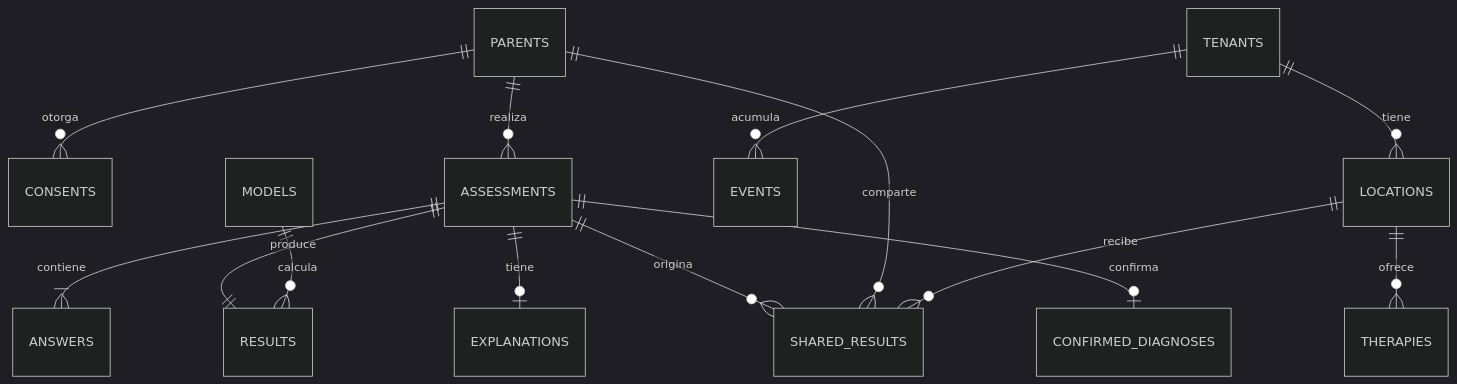
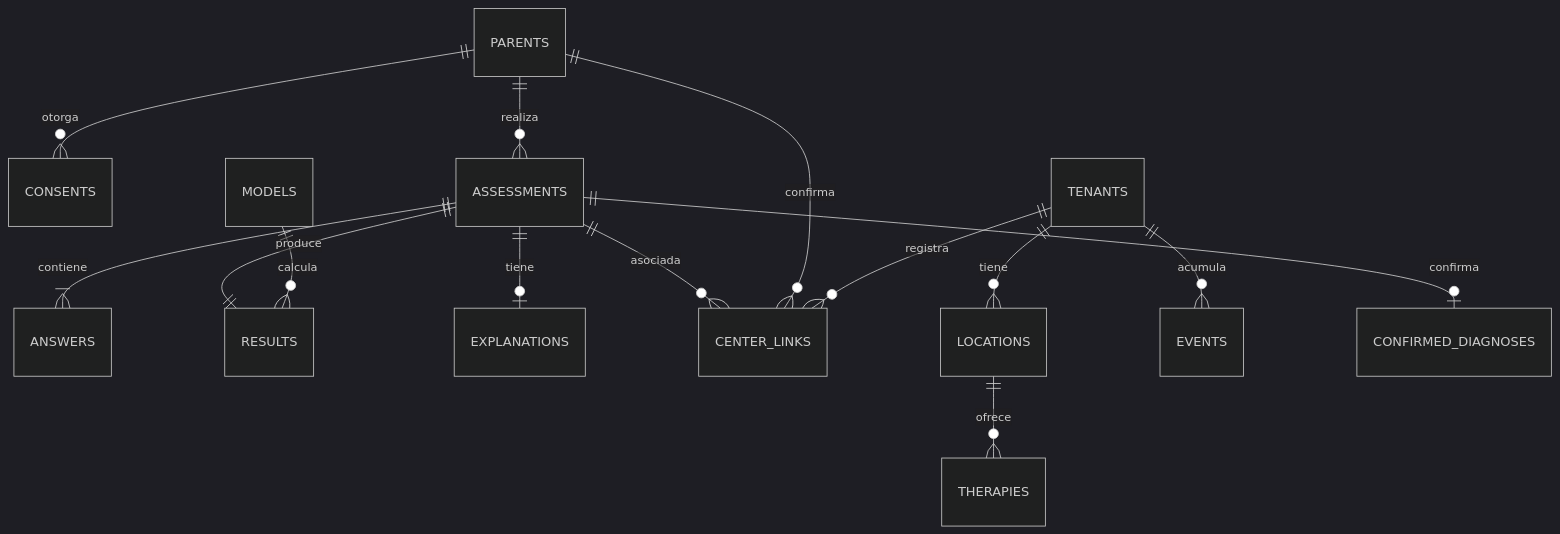
The second of 7 diagrams in docs/arquitectura_conecta.md (ErnestoSCL/neuroa-modelo-tamizaje), drawn with Mermaid (dark theme) before and after one commit. The commit also changed other lines of this file and 3 other files, not shown here.

````diff
--- a/docs/arquitectura_conecta.md
+++ b/docs/arquitectura_conecta.md
@@ -283,16 +305,16 @@
 ```mermaid
 erDiagram
     PARENTS ||--o{ CONSENTS : otorga
     PARENTS ||--o{ ASSESSMENTS : realiza
     ASSESSMENTS ||--|{ ANSWERS : contiene
     ASSESSMENTS ||--|| RESULTS : produce
     ASSESSMENTS ||--o| EXPLANATIONS : tiene
-    ASSESSMENTS ||--o{ SHARED_RESULTS : origina
-    PARENTS ||--o{ SHARED_RESULTS : comparte
+    ASSESSMENTS ||--o{ CENTER_LINKS : asociada
+    PARENTS ||--o{ CENTER_LINKS : confirma
     TENANTS ||--o{ LOCATIONS : tiene
     LOCATIONS ||--o{ THERAPIES : ofrece
-    LOCATIONS ||--o{ SHARED_RESULTS : recibe
+    TENANTS ||--o{ CENTER_LINKS : registra
     TENANTS ||--o{ EVENTS : acumula
     ASSESSMENTS ||--o| CONFIRMED_DIAGNOSES : confirma
     MODELS ||--o{ RESULTS : calcula
 ```
````
